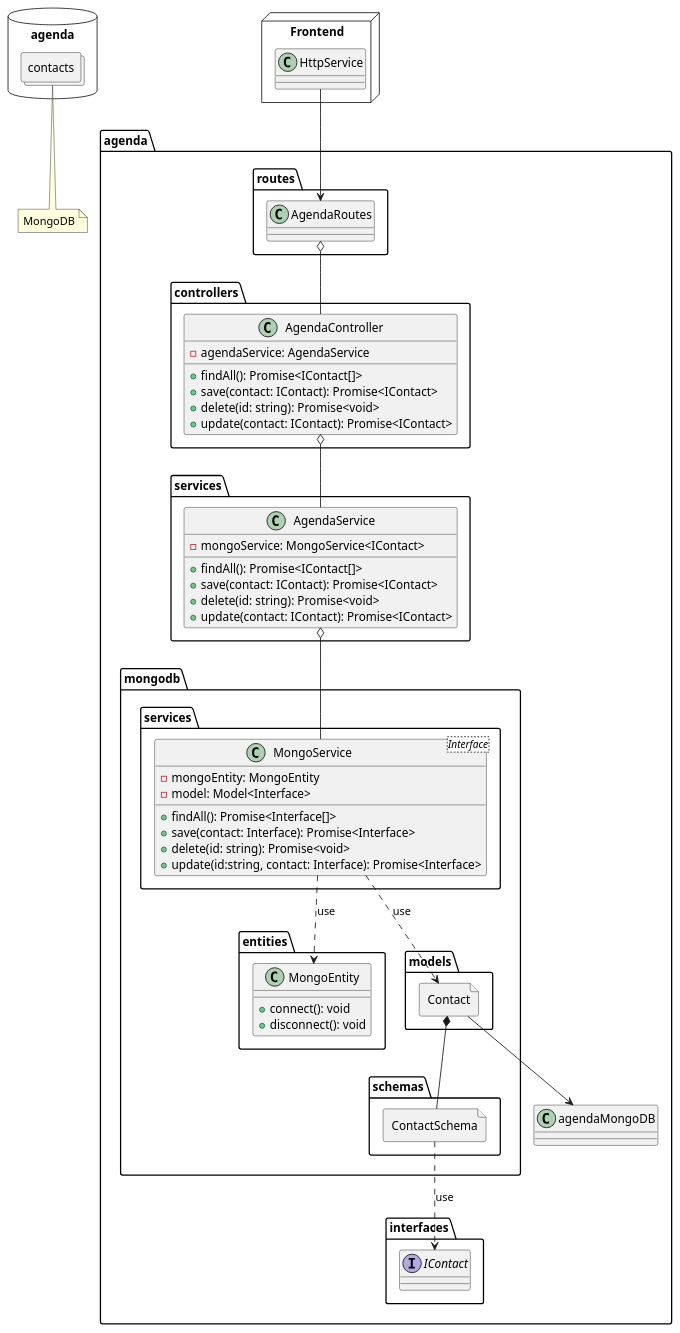
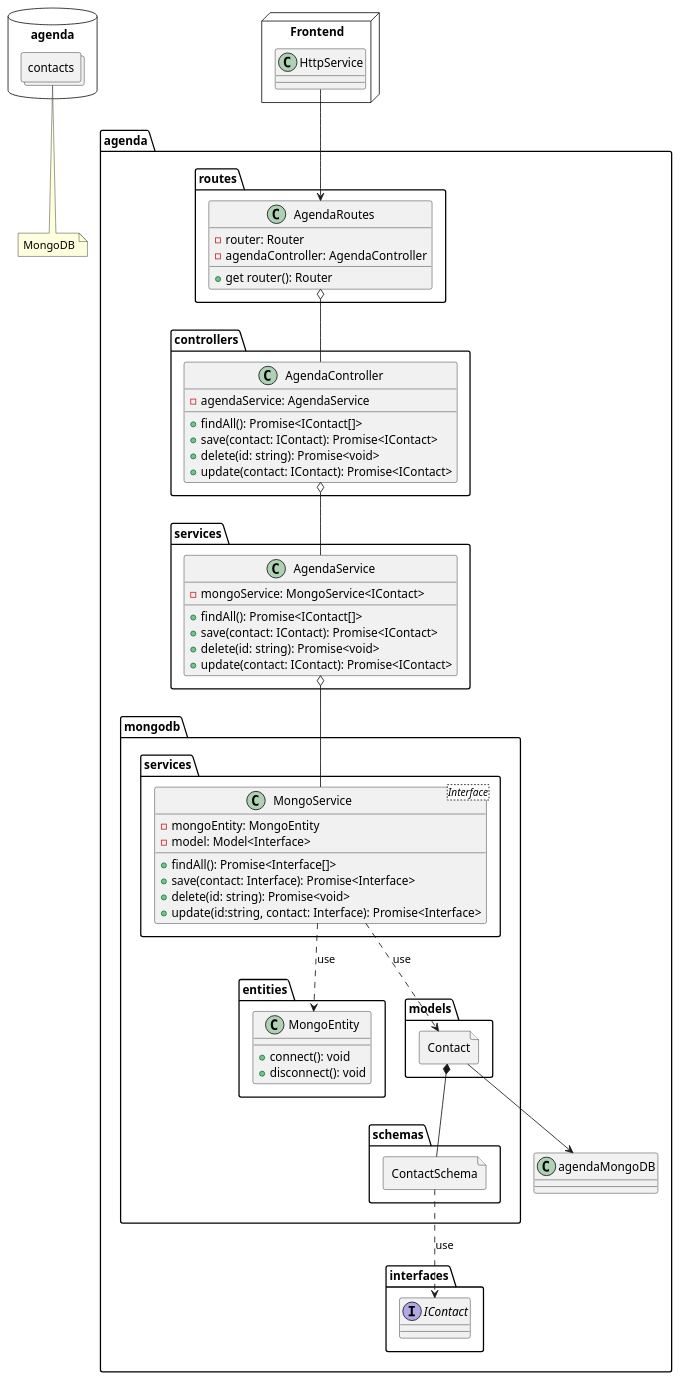
Before and after one commit to raulwwq0/Agenda-TypeScript: the diagram in docs/uml/server.puml, drawn with PlantUML.

Commit message:
docs: complete agenda routes

```diff
--- a/docs/uml/server.puml
+++ b/docs/uml/server.puml
@@ -1,82 +1,86 @@
 @startuml Server
 allowmixing
 
 package agenda {
     package controllers {
         class AgendaController {
             - agendaService: AgendaService
             + findAll(): Promise<IContact[]>
             + save(contact: IContact): Promise<IContact>
             + delete(id: string): Promise<void>
             + update(contact: IContact): Promise<IContact>
         }
     }
 
     package interfaces {
         interface IContact
     }
 
     package routes {
-        class AgendaRoutes
+        class AgendaRoutes {
+            - router: Router
+            - agendaController: AgendaController
+            + get router(): Router
+        }
     }
 
     package services {
         class AgendaService {
             - mongoService: MongoService<IContact>
             + findAll(): Promise<IContact[]>
             + save(contact: IContact): Promise<IContact>
             + delete(id: string): Promise<void>
             + update(contact: IContact): Promise<IContact>
         }
     }
 
     package mongodb {
         package entities {
             class MongoEntity {
                 + connect(): void
                 + disconnect(): void
             }
         }
 
         package models {
             file Contact
         }
 
         package schemas {
             file ContactSchema
         }
 
         package services as MongoServices {
             class MongoService<Interface> {
                 - mongoEntity: MongoEntity
                 - model: Model<Interface>
                 + findAll(): Promise<Interface[]>
                 + save(contact: Interface): Promise<Interface>
                 + delete(id: string): Promise<void>
                 + update(id:string, contact: Interface): Promise<Interface>
             }
         }
     }
 
     AgendaController o-- AgendaService
     AgendaRoutes o-- AgendaController
     AgendaService o-- MongoService
     MongoService -[dashed]-> MongoEntity: "use"
     MongoService -[dashed]-> Contact: "use"
     Contact *-- ContactSchema
     ContactSchema -[dashed]-> IContact: "use"
     Contact --> agendaMongoDB
 }
 
 database agenda as agendaMongoDB {
     collections contacts
 }
 
 note bottom: MongoDB
 
 node Frontend {
     class HttpService{}
 
     HttpService --> AgendaRoutes
 }
 @enduml
```
